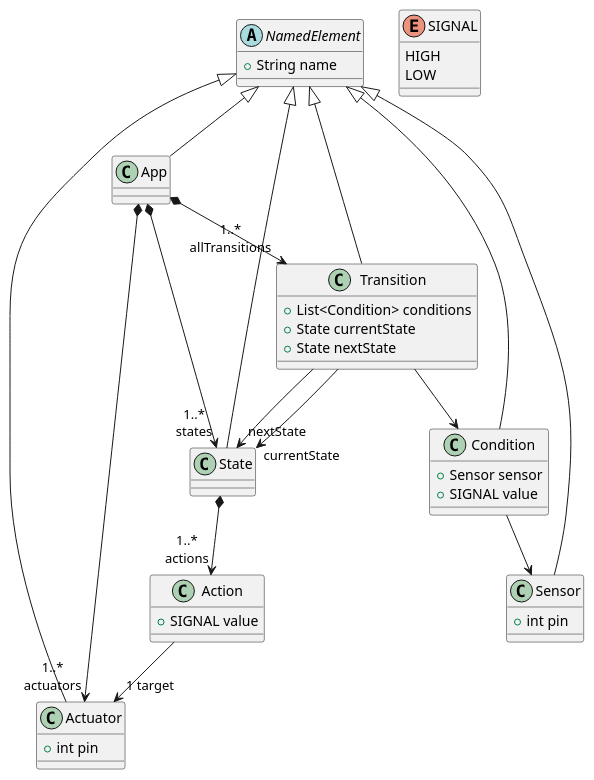
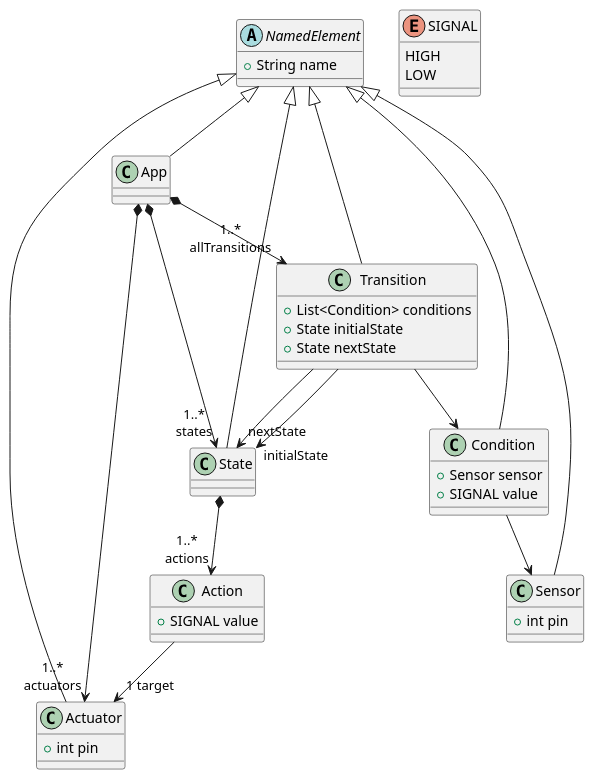
The diagram in model.puml (jackodsteel/SENG441-Assignment-1), drawn with PlantUML before and after one commit. The commit also changed 9 other files, not shown here.

```diff
--- a/model.puml
+++ b/model.puml
@@ -1,58 +1,58 @@
 @startuml
 
 abstract class NamedElement {
  + String name
 }
 
 class App
 
 class Actuator {
   + int pin
 }
 
 class State {
 }
 
 class Action {
   + SIGNAL value
 }
 
 class Sensor {
   + int pin
 }
 
 class Transition {
   + List<Condition> conditions
-  + State currentState
+  + State initialState
   + State nextState
 }
 
 class Condition {
   + Sensor sensor
   + SIGNAL value
 }
 
 enum SIGNAL {
     HIGH
     LOW
 }
 
 
 NamedElement <|-- App
 NamedElement <|-- Actuator
 NamedElement <|-- State
 NamedElement <|-- Sensor
 NamedElement <|-- Transition
 NamedElement <|-- Condition
 
 App *--> "1..*\nstates" State
 App *--> "1..*\nactuators" Actuator
 App *--> "1..*\nallTransitions" Transition
 Transition --> Condition
 Condition --> Sensor
 Transition --> "nextState" State
-Transition --> "currentState" State
+Transition --> "initialState" State
 State *--> "1..*\nactions" Action
 Action --> "1 target" Actuator
 
 @enduml
```
